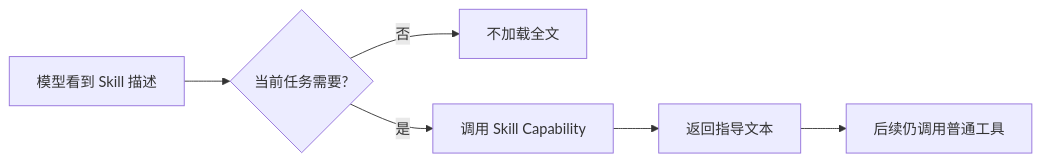
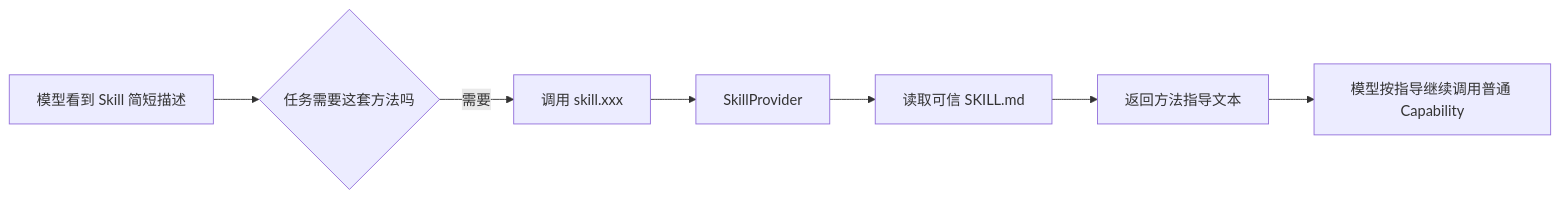
Before and after one commit to Arthur999459up/GitAgent: diagram 12 of 15 in docs/05-capability-and-tool-system.md, drawn with Mermaid. The commit also changed other lines of this file and 3 other files, not shown here.

````diff
--- a/docs/05-capability-and-tool-system.md
+++ b/docs/05-capability-and-tool-system.md
@@ -278,8 +855,9 @@
 ```mermaid
 flowchart LR
-    D[模型看到 Skill 描述] --> C{当前任务需要?}
-    C -->|否| N[不加载全文]
-    C -->|是| S[调用 Skill Capability]
-    S --> G[返回指导文本]
-    G --> T[后续仍调用普通工具]
+    M[模型看到 Skill 简短描述] --> C{任务需要这套方法吗}
+    C -->|需要| S[调用 skill.xxx]
+    S --> P[SkillProvider]
+    P --> F[读取可信 SKILL.md]
+    F --> G[返回方法指导文本]
+    G --> M2[模型按指导继续调用普通 Capability]
 ```
````
